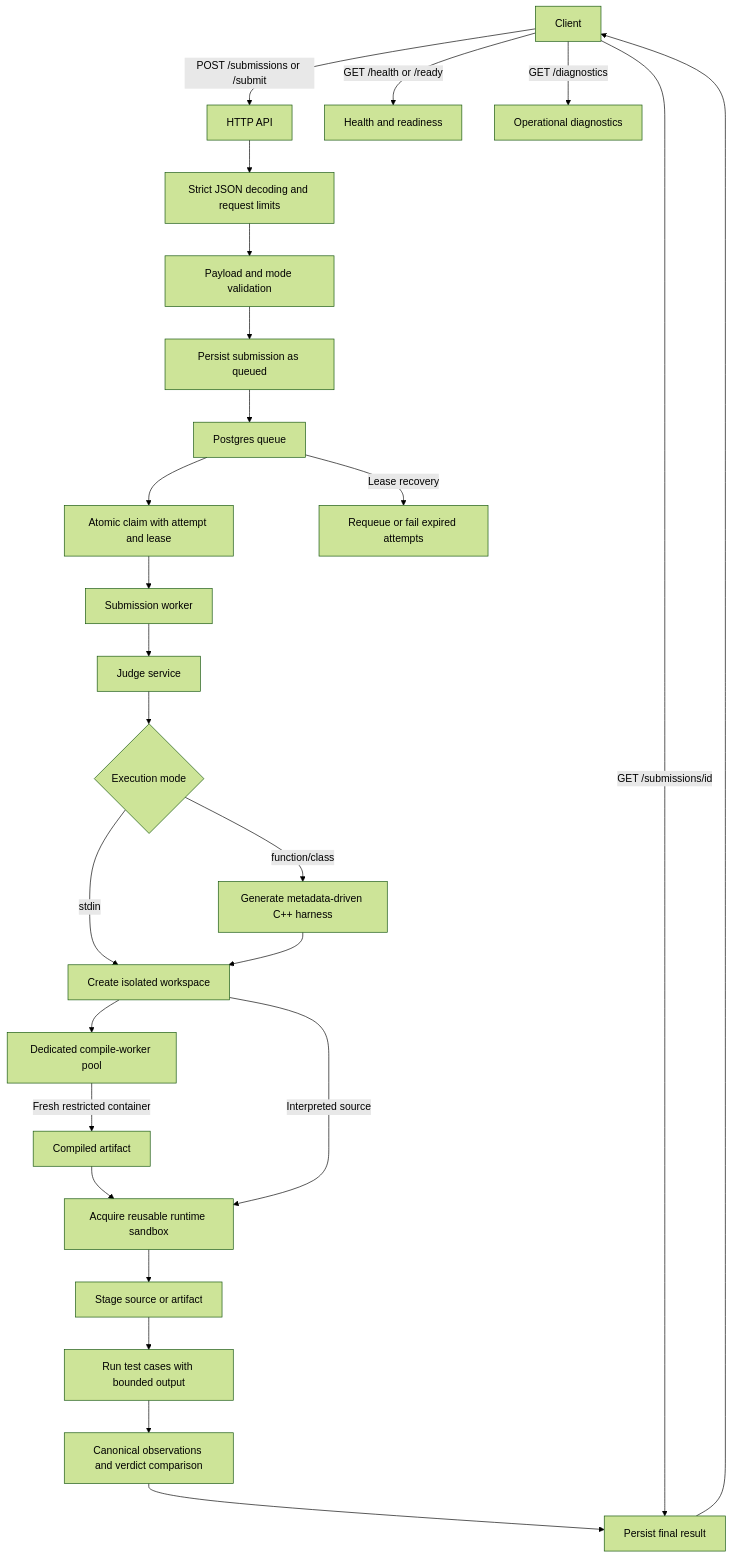
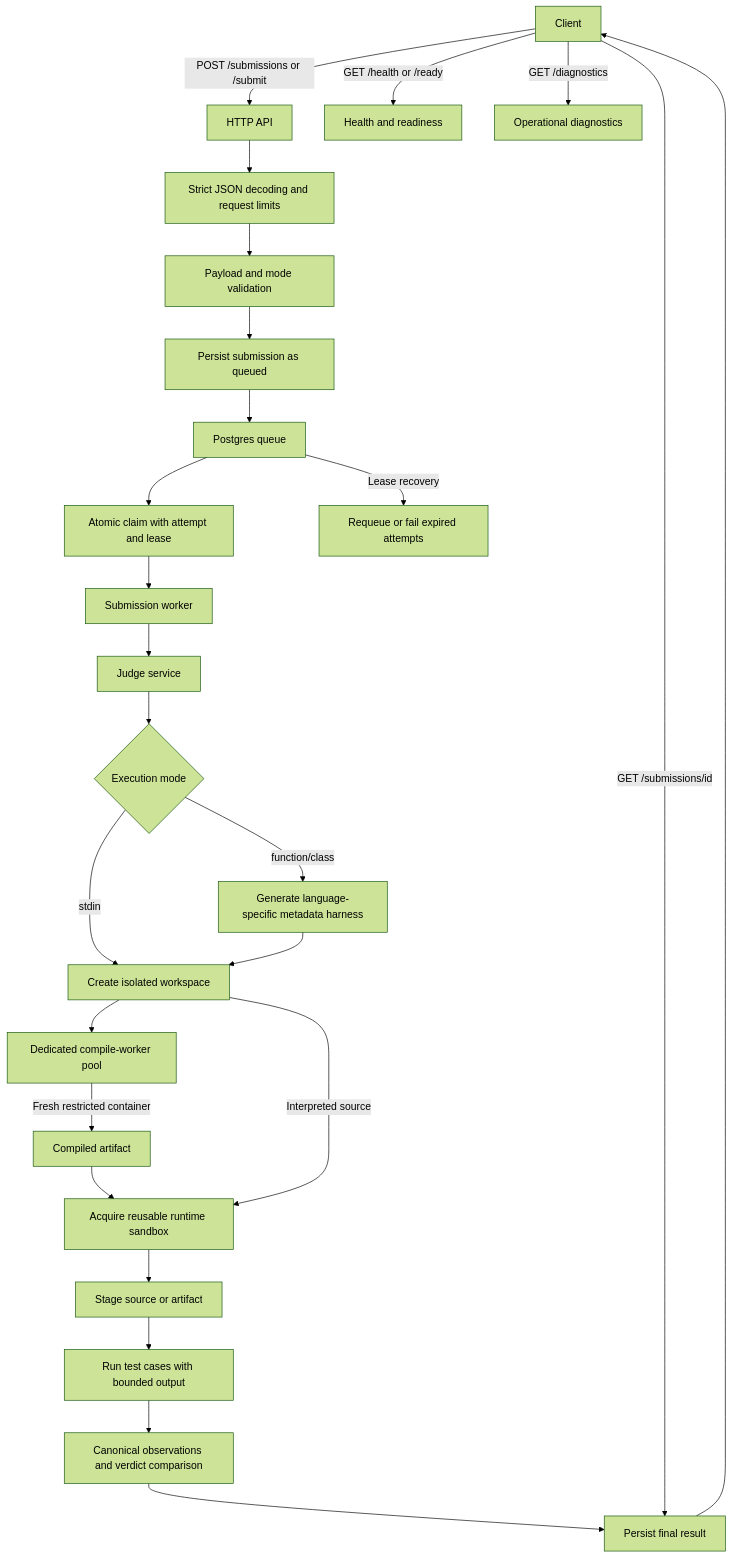
The diagram in docs/architecture.md (PixelsBH/YexJudge), drawn with Mermaid (forest theme) before and after one commit. The commit also changed other lines of this file and 28 other files, not shown here.

Commit message:
Add Python backends and update roadmap

````diff
--- a/docs/architecture.md
+++ b/docs/architecture.md
@@ -13,28 +13,28 @@
 ```mermaid
 flowchart TD
     Client[Client] -->|POST /submissions or /submit| API[HTTP API]
     API --> Decode[Strict JSON decoding and request limits]
     Decode --> Validate[Payload and mode validation]
     Validate --> Store[Persist submission as queued]
     Store --> Queue[Postgres queue]
     Queue --> Claim[Atomic claim with attempt and lease]
     Claim --> Worker[Submission worker]
     Worker --> Service[Judge service]
     Service --> Mode{Execution mode}
     Mode -->|stdin| Workspace[Create isolated workspace]
-    Mode -->|function/class| Harness[Generate metadata-driven C++ harness]
+    Mode -->|function/class| Harness[Generate language-specific metadata harness]
     Harness --> Workspace
     Workspace --> Compile[Dedicated compile-worker pool]
     Compile -->|Fresh restricted container| Artifact[Compiled artifact]
     Artifact --> Sandbox[Acquire reusable runtime sandbox]
     Workspace -->|Interpreted source| Sandbox
     Sandbox --> Stage[Stage source or artifact]
     Stage --> Execute[Run test cases with bounded output]
     Execute --> Observe[Canonical observations and verdict comparison]
     Observe --> Result[Persist final result]
     Result --> Client
     Queue -->|Lease recovery| Recovery[Requeue or fail expired attempts]
     Client -->|GET /submissions/id| Result
     Client -->|GET /health or /ready| Health[Health and readiness]
     Client -->|GET /diagnostics| Diagnostics[Operational diagnostics]
 ```
````
